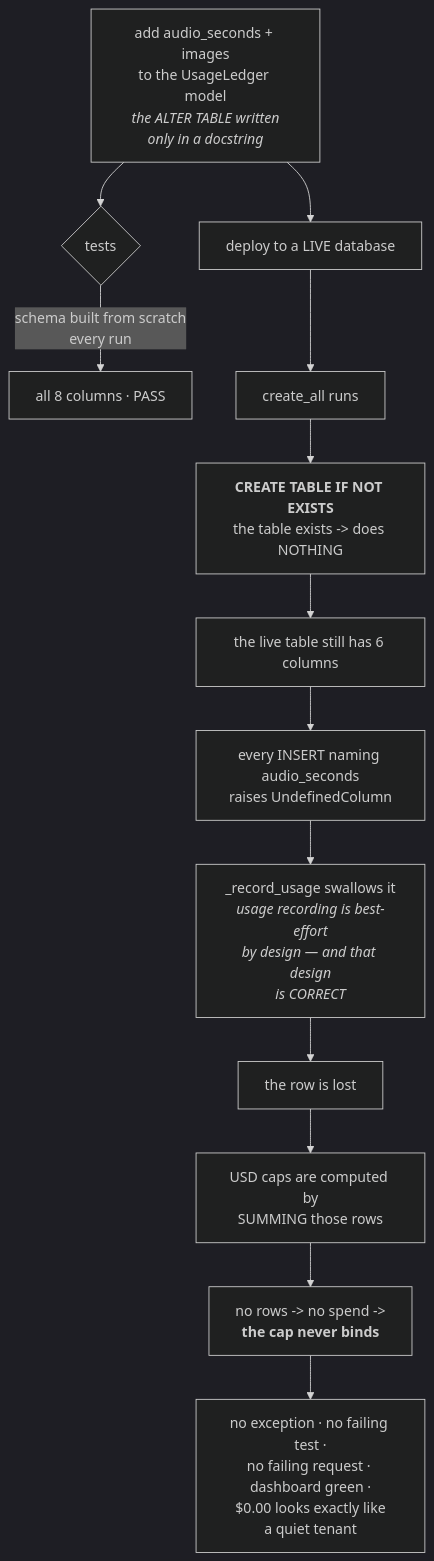
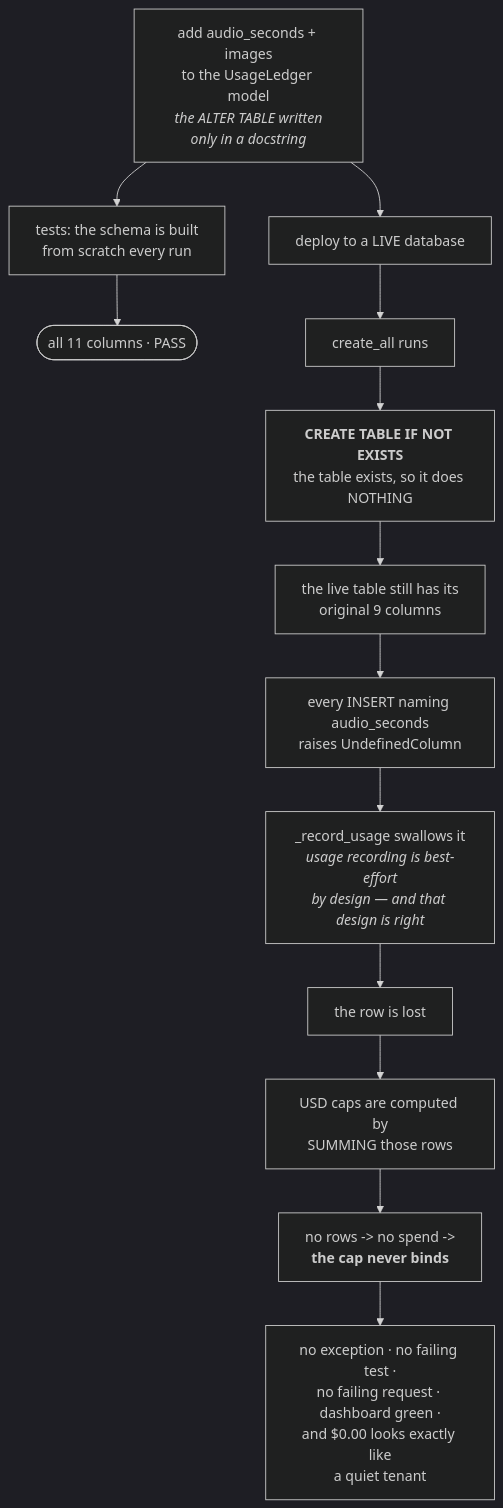
Before and after one commit to yrevash/aegis: the second of 5 diagrams in docs/teaching/data/40-diagrams.md, drawn with Mermaid (dark theme). The commit also changed other lines of this file and 111 other files, not shown here.

````diff
--- a/docs/teaching/data/40-diagrams.md
+++ b/docs/teaching/data/40-diagrams.md
@@ -110,20 +53,21 @@
 ```mermaid
 flowchart TB
-    ADD["add audio_seconds + images<br/>to the UsageLedger model<br/><i>the ALTER TABLE written<br/>only in a docstring</i>"] --> TEST{"tests"}
+    ADD["add audio_seconds + images<br/>to the UsageLedger model<br/><i>the ALTER TABLE written<br/>only in a docstring</i>"]
 
-    TEST -->|"schema built from scratch<br/>every run"| PASS["all 8 columns · PASS"]
+    ADD --> TEST["tests: the schema is built<br/>from scratch every run"]
+    TEST --> PASS(["all 11 columns · PASS"])
 
     ADD --> PROD["deploy to a LIVE database"]
     PROD --> CA["create_all runs"]
-    CA --> NOOP["<b>CREATE TABLE IF NOT EXISTS</b><br/>the table exists -> does NOTHING"]
+    CA --> NOOP["<b>CREATE TABLE IF NOT EXISTS</b><br/>the table exists, so it does NOTHING"]
 
-    NOOP --> OLD["the live table still has 6 columns"]
+    NOOP --> OLD["the live table still has its<br/>original 9 columns"]
     OLD --> INS["every INSERT naming audio_seconds<br/>raises UndefinedColumn"]
-    INS --> SWALLOW["_record_usage swallows it<br/><i>usage recording is best-effort<br/>by design — and that design<br/>is CORRECT</i>"]
+    INS --> SWALLOW["_record_usage swallows it<br/><i>usage recording is best-effort<br/>by design — and that design is right</i>"]
 
     SWALLOW --> LOST["the row is lost"]
     LOST --> SUM["USD caps are computed by<br/>SUMMING those rows"]
     SUM --> ZERO["no rows -> no spend -><br/><b>the cap never binds</b>"]
 
-    ZERO --> SILENT["no exception · no failing test ·<br/>no failing request · dashboard green ·<br/>$0.00 looks exactly like<br/>a quiet tenant"]
+    ZERO --> SILENT["no exception · no failing test ·<br/>no failing request · dashboard green ·<br/>and $0.00 looks exactly like<br/>a quiet tenant"]
 ```
````
